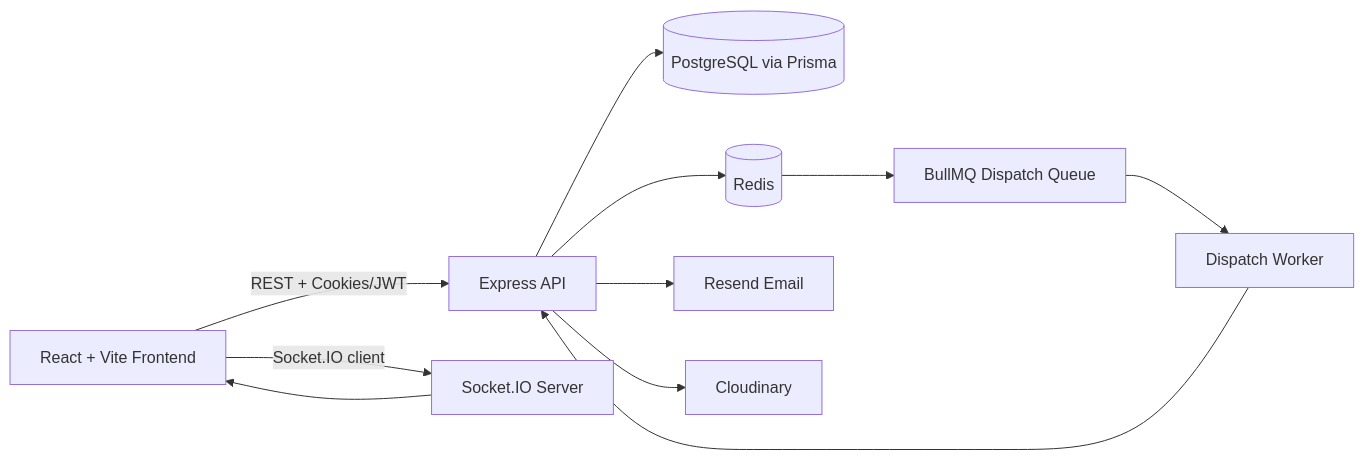
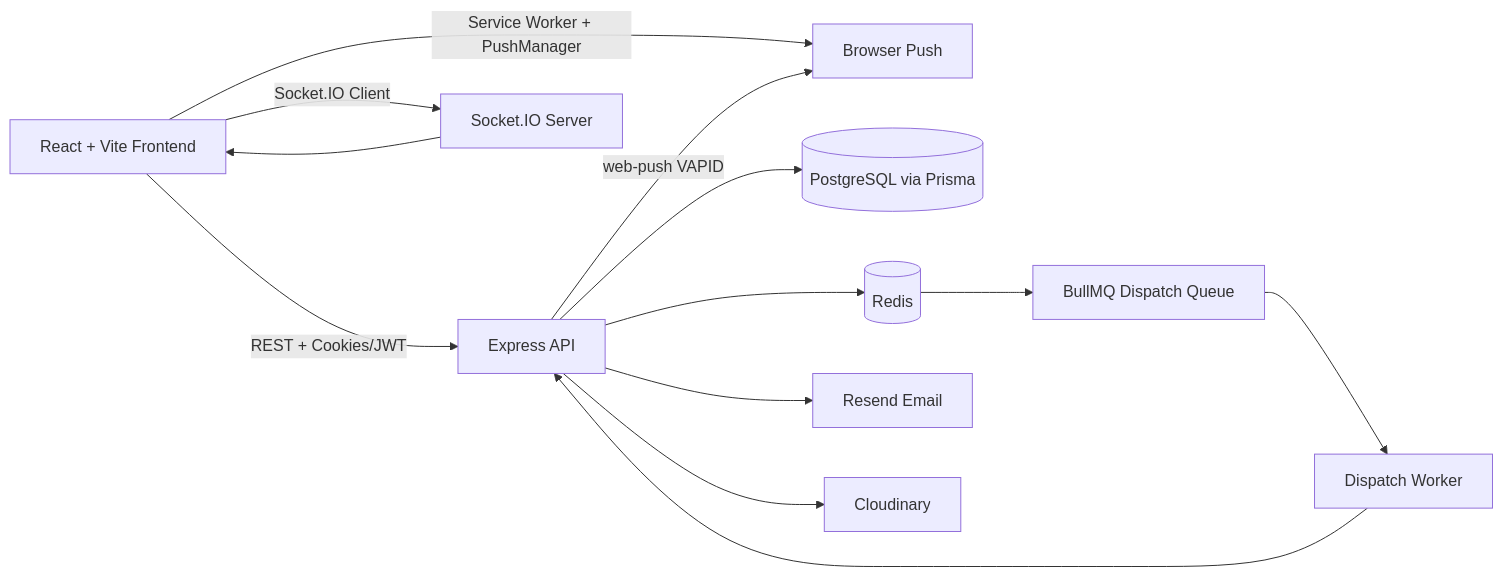
Before and after one commit to whyshisir02/SewaFI-Home-Service-and-Dispatch-System: the diagram in README.md, drawn with Mermaid. The commit also changed other lines of this file, not shown here.

````diff
--- a/README.md
+++ b/README.md
@@ -21,13 +22,15 @@
 ```mermaid
 flowchart LR
   A[React + Vite Frontend] -->|REST + Cookies/JWT| B[Express API]
-  A -->|Socket.IO client| C[Socket.IO Server]
+  A -->|Socket.IO Client| C[Socket.IO Server]
+  A -->|Service Worker + PushManager| J[Browser Push]
   B --> D[(PostgreSQL via Prisma)]
   B --> E[(Redis)]
   E --> F[BullMQ Dispatch Queue]
   F --> G[Dispatch Worker]
   G --> B
   B --> H[Resend Email]
   B --> I[Cloudinary]
+  B -->|web-push VAPID| J
   C --> A
 ```
````
